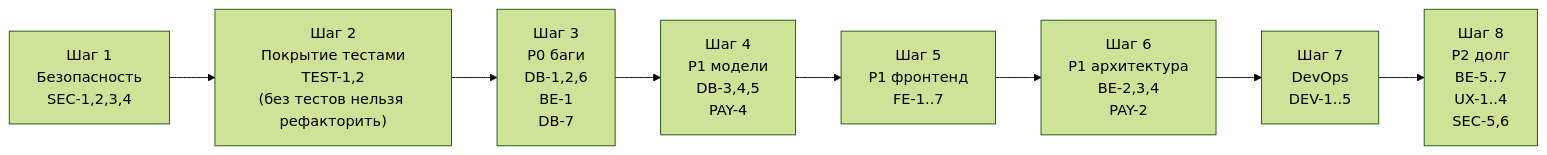
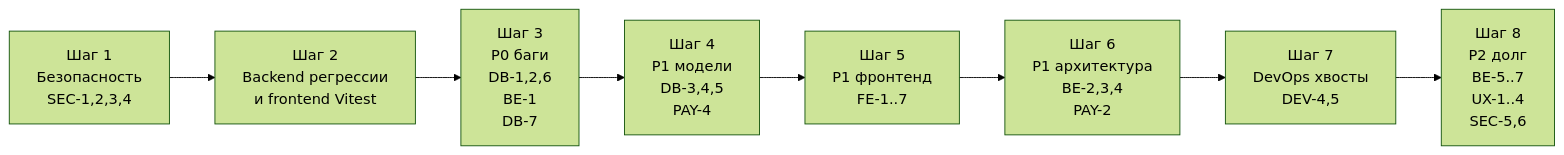
One commit to pavelchamgl/reli.one changed the second of 2 diagrams in docs/09-architecture-debt.md. Above: the diagram before and after it, drawn with Mermaid (forest theme). The commit also changed other lines of this file and 22 other files, not shown here.

First line of the commit message:
docs+test: align docs, add Frontend3 Vitest/RTL, order lifecycle regressions

````diff
--- a/docs/09-architecture-debt.md
+++ b/docs/09-architecture-debt.md
@@ -943,11 +897,11 @@
 ```mermaid
 flowchart LR
     STEP1["Шаг 1\nБезопасность\nSEC-1,2,3,4"] --> STEP2
-    STEP2["Шаг 2\nПокрытие тестами\nTEST-1,2\n(без тестов нельзя рефакторить)"] --> STEP3
+    STEP2["Шаг 2\nBackend регрессии\nи frontend Vitest"] --> STEP3
     STEP3["Шаг 3\nP0 баги\nDB-1,2,6\nBE-1\nDB-7"] --> STEP4
     STEP4["Шаг 4\nP1 модели\nDB-3,4,5\nPAY-4"] --> STEP5
     STEP5["Шаг 5\nP1 фронтенд\nFE-1..7"] --> STEP6
     STEP6["Шаг 6\nP1 архитектура\nBE-2,3,4\nPAY-2"] --> STEP7
-    STEP7["Шаг 7\nDevOps\nDEV-1..5"] --> STEP8
+    STEP7["Шаг 7\nDevOps хвосты\nDEV-4,5"] --> STEP8
     STEP8["Шаг 8\nP2 долг\nBE-5..7\nUX-1..4\nSEC-5,6"]
 ```
````
